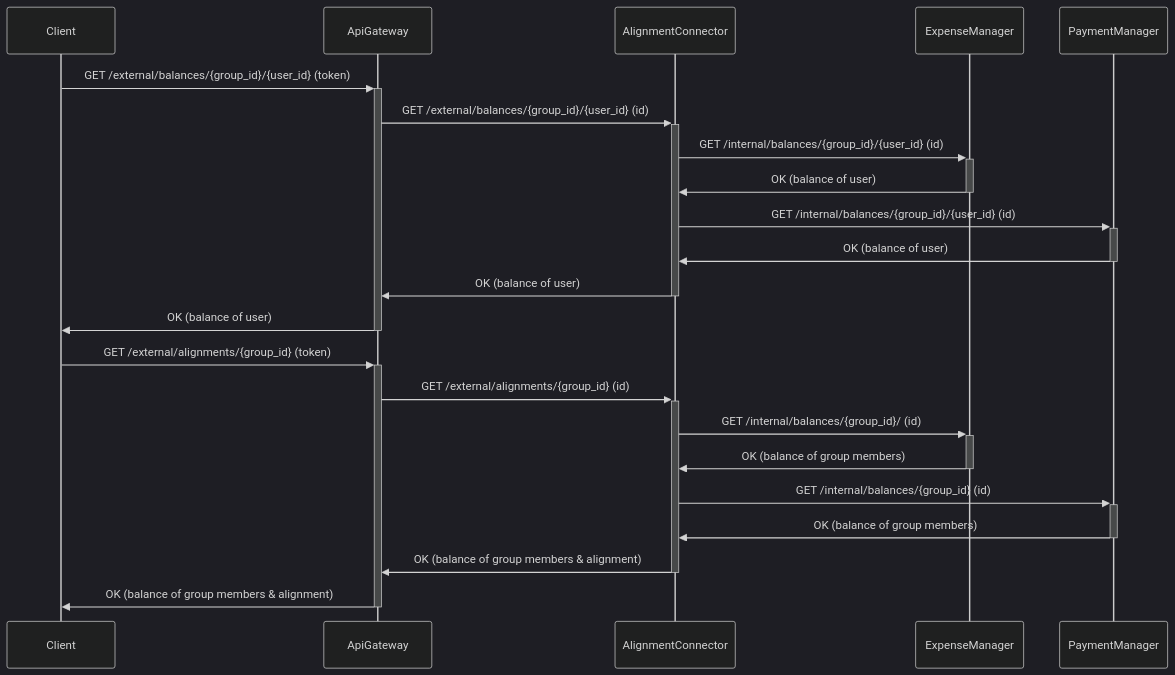
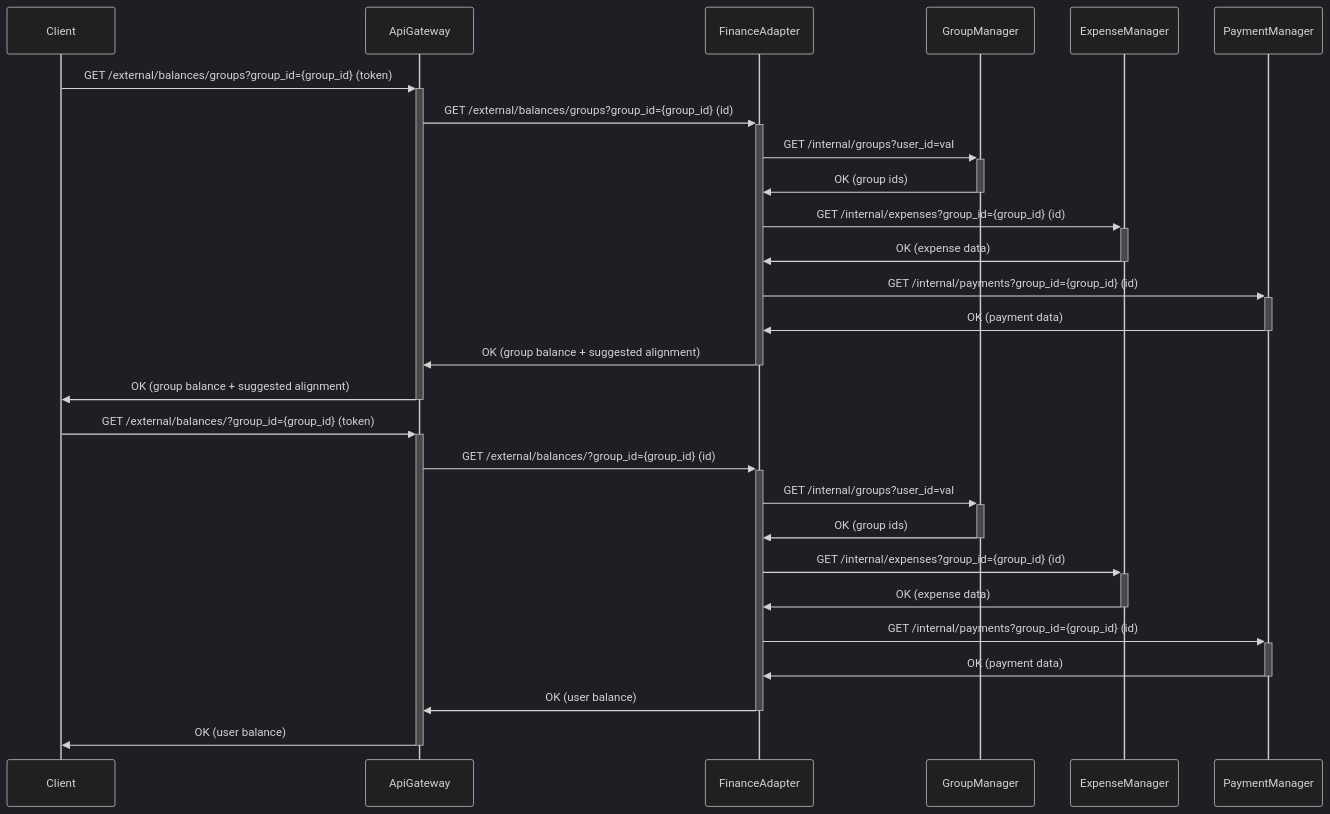
The eighth of 10 diagrams in docs/diagrams.md (Group-Expense-Manager/gem-docs), drawn with Mermaid (dark theme) before and after one commit. The commit also changed other lines of this file and 1 other file, not shown here.

Commit message:
added Report Creator & Payment Manager & Currency Manager & Finance Adapter contract

````diff
--- a/docs/diagrams.md
+++ b/docs/diagrams.md
@@ -251,21 +280,25 @@
-``` mermaid
+```mermaid
 sequenceDiagram
+Client->>+ApiGateway: GET /external/balances/groups?group_id={group_id} (token)
+ApiGateway->>+FinanceAdapter: GET /external/balances/groups?group_id={group_id} (id)
+FinanceAdapter->>+GroupManager: GET /internal/groups?user_id=val
+GroupManager->>-FinanceAdapter: OK (group ids)
+FinanceAdapter->>+ ExpenseManager: GET /internal/expenses?group_id={group_id} (id)
+ExpenseManager->>- FinanceAdapter: OK (expense data)
+FinanceAdapter->>+ PaymentManager: GET /internal/payments?group_id={group_id} (id)
+PaymentManager->>- FinanceAdapter: OK (payment data)
+FinanceAdapter->>-ApiGateway: OK (group balance + suggested alignment)
+ApiGateway->>-Client: OK (group balance + suggested alignment)
 
-Client->>+ApiGateway: GET /external/balances/{group_id}/{user_id} (token)
-ApiGateway->>+AlignmentConnector: GET /external/balances/{group_id}/{user_id} (id)
-AlignmentConnector->>+ ExpenseManager: GET /internal/balances/{group_id}/{user_id} (id)
-ExpenseManager->>- AlignmentConnector: OK (balance of user)
-AlignmentConnector->>+ PaymentManager: GET /internal/balances/{group_id}/{user_id} (id)
-PaymentManager->>- AlignmentConnector: OK (balance of user)
-AlignmentConnector->>- ApiGateway: OK (balance of user)
-ApiGateway->>-Client: OK (balance of user)
-
-Client->>+ApiGateway: GET /external/alignments/{group_id} (token)
-ApiGateway->>+AlignmentConnector: GET /external/alignments/{group_id} (id)
-AlignmentConnector->>+ ExpenseManager: GET /internal/balances/{group_id}/ (id)
-ExpenseManager->>- AlignmentConnector: OK (balance of group members)
-AlignmentConnector->>+ PaymentManager: GET /internal/balances/{group_id} (id)
-PaymentManager->>- AlignmentConnector: OK (balance of group members)
-AlignmentConnector->>- ApiGateway: OK (balance of group members & alignment)
-ApiGateway->>-Client: OK (balance of group members & alignment)
+Client->>+ApiGateway: GET /external/balances/?group_id={group_id} (token)
+ApiGateway->>+FinanceAdapter: GET /external/balances/?group_id={group_id} (id)
+FinanceAdapter->>+GroupManager: GET /internal/groups?user_id=val
+GroupManager->>-FinanceAdapter: OK (group ids)
+FinanceAdapter->>+ ExpenseManager: GET /internal/expenses?group_id={group_id} (id)
+ExpenseManager->>- FinanceAdapter: OK (expense data)
+FinanceAdapter->>+ PaymentManager: GET /internal/payments?group_id={group_id} (id)
+PaymentManager->>- FinanceAdapter: OK (payment data)
+FinanceAdapter->>-ApiGateway: OK (user balance)
+ApiGateway->>-Client: OK (user balance)
+    
 ```
````
